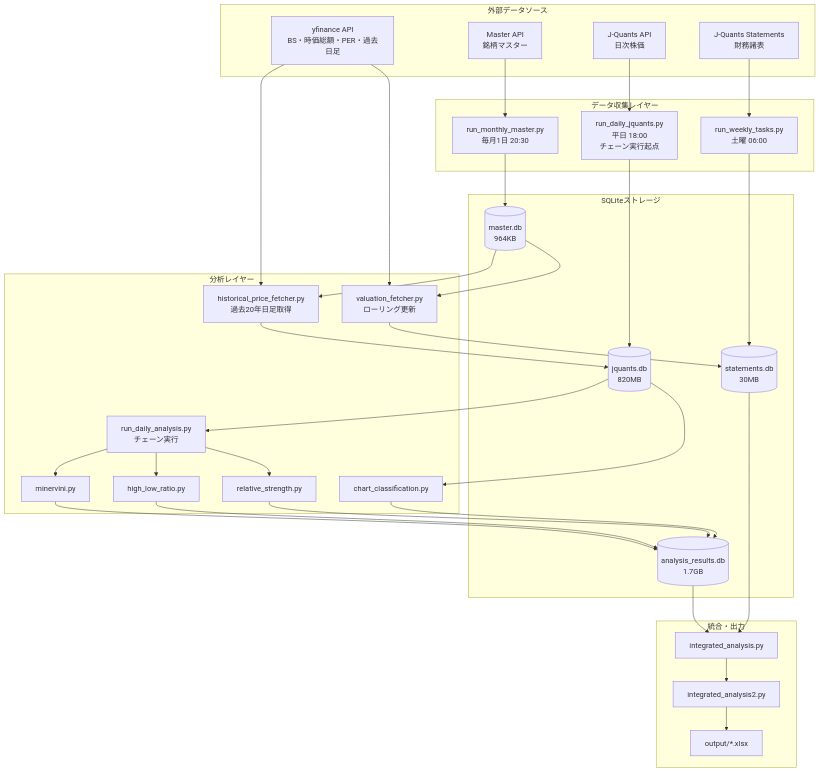
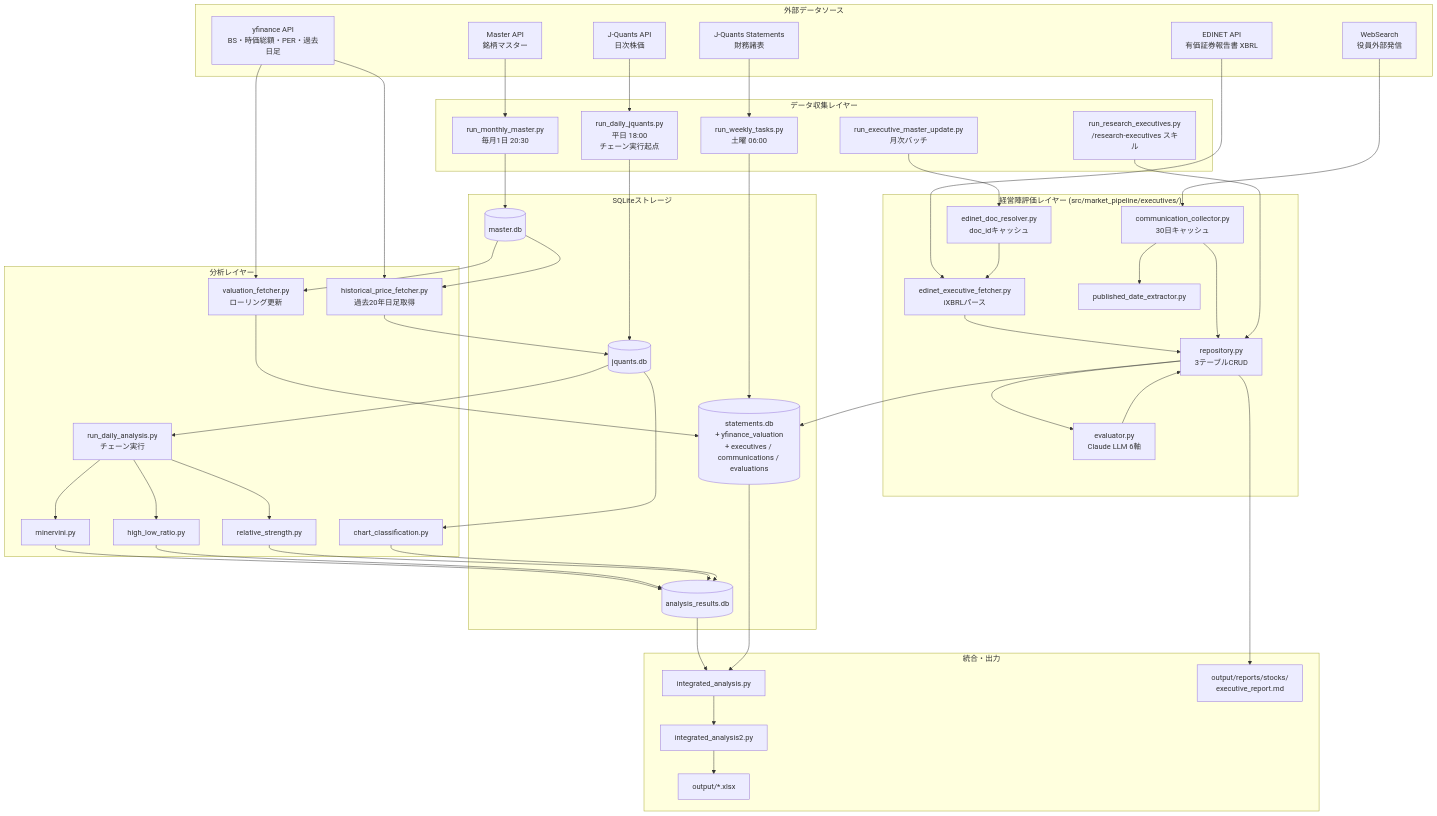
Before and after one commit to aidotters/stock-analysis: the first of 8 diagrams in docs/core/diagrams.md, drawn with Mermaid. The commit also changed other lines of this file and 34 other files, not shown here.

Commit message:
added exexutive-communication-analysis feature

````diff
--- a/docs/core/diagrams.md
+++ b/docs/core/diagrams.md
@@ -5,56 +5,79 @@
 ```mermaid
 flowchart TB
     subgraph External["外部データソース"]
         JQ[J-Quants API<br/>日次株価]
         JS[J-Quants Statements<br/>財務諸表]
         MA[Master API<br/>銘柄マスター]
         YF[yfinance API<br/>BS・時価総額・PER・過去日足]
+        ED[EDINET API<br/>有価証券報告書 XBRL]
+        WS[WebSearch<br/>役員外部発信]
     end
 
     subgraph Collection["データ収集レイヤー"]
         RDJ[run_daily_jquants.py<br/>平日 18:00<br/>チェーン実行起点]
         RWT[run_weekly_tasks.py<br/>土曜 06:00]
         RMM[run_monthly_master.py<br/>毎月1日 20:30]
+        REM[run_executive_master_update.py<br/>月次バッチ]
+        RRE[run_research_executives.py<br/>/research-executives スキル]
     end
 
     subgraph Storage["SQLiteストレージ"]
-        JDB[(jquants.db<br/>820MB)]
-        SDB[(statements.db<br/>30MB)]
-        MDB[(master.db<br/>964KB)]
-        ADB[(analysis_results.db<br/>1.7GB)]
+        JDB[(jquants.db)]
+        SDB[(statements.db<br/>+ yfinance_valuation<br/>+ executives / communications / evaluations)]
+        MDB[(master.db)]
+        ADB[(analysis_results.db)]
     end
 
     subgraph Analysis["分析レイヤー"]
         RDA[run_daily_analysis.py<br/>チェーン実行]
         MIN[minervini.py]
         HLR[high_low_ratio.py]
         RSP[relative_strength.py]
         CHR[chart_classification.py]
         VF[valuation_fetcher.py<br/>ローリング更新]
         HPF[historical_price_fetcher.py<br/>過去20年日足取得]
     end
 
+    subgraph ExecLayer["経営陣評価レイヤー (src/market_pipeline/executives/)"]
+        EEF[edinet_executive_fetcher.py<br/>iXBRLパース]
+        EDR[edinet_doc_resolver.py<br/>doc_idキャッシュ]
+        CC[communication_collector.py<br/>30日キャッシュ]
+        PDE[published_date_extractor.py]
+        EV[evaluator.py<br/>Claude LLM 6軸]
+        EREP[repository.py<br/>3テーブルCRUD]
+    end
+
     subgraph Integration["統合・出力"]
         IA1[integrated_analysis.py]
         IA2[integrated_analysis2.py]
         OUT[output/*.xlsx]
+        EXR[output/reports/stocks/<br/>executive_report.md]
     end
 
     JQ --> RDJ --> JDB
     JS --> RWT --> SDB
     MA --> RMM --> MDB
 
     JDB --> RDA
     RDA --> MIN --> ADB
     RDA --> HLR --> ADB
     RDA --> RSP --> ADB
     JDB --> CHR --> ADB
     MDB --> VF
     YF --> VF --> SDB
     MDB --> HPF
     YF --> HPF --> JDB
 
     ADB --> IA1
     SDB --> IA1
     IA1 --> IA2 --> OUT
+
+    ED --> EEF --> EREP --> SDB
+    EDR --> EEF
+    REM --> EDR
+    WS --> CC --> EREP
+    CC --> PDE
+    EREP --> EV --> EREP
+    RRE --> EREP
+    EREP --> EXR
 ```
````
